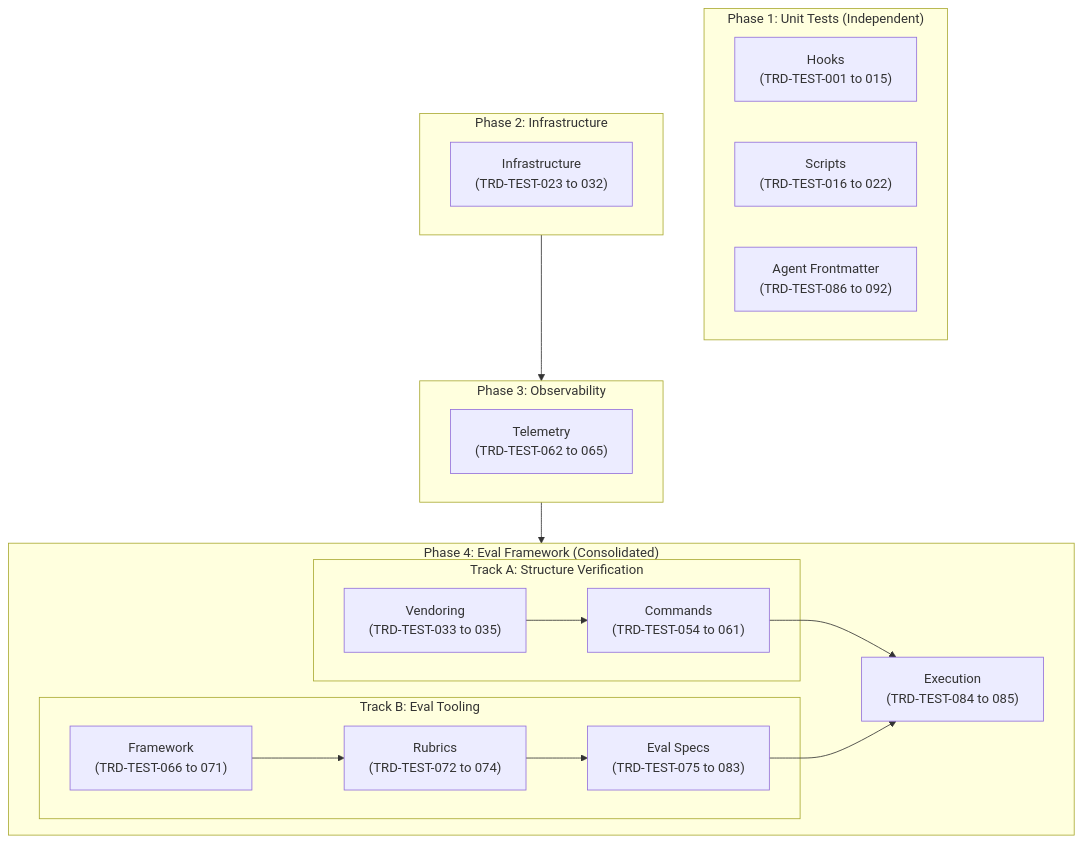
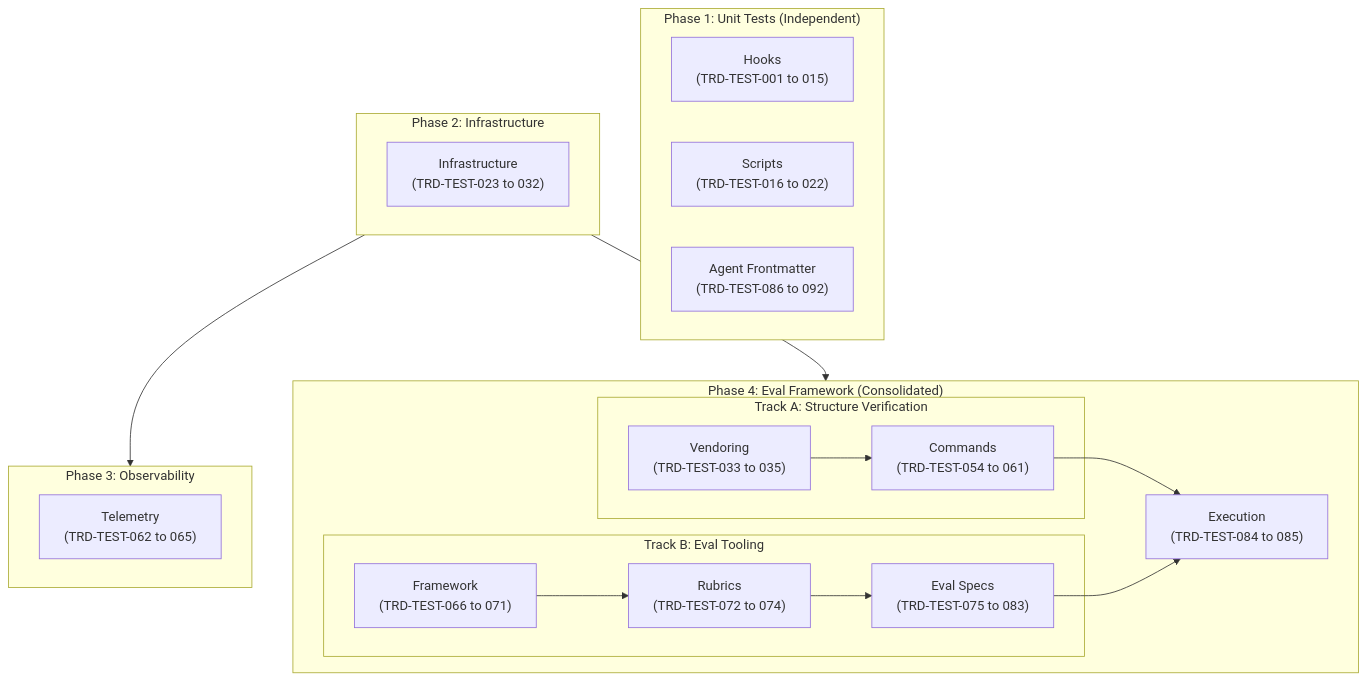
The ninth of 9 diagrams in docs/TRD/testing-phase.md (FortiumPartners/ensemble), drawn with Mermaid before and after one commit. The commit also changed other lines of this file and 1 other file, not shown here.

First line of the commit message:
refactor(TRD): enable Phase 3 and Phase 4 parallel execution

````diff
--- a/docs/TRD/testing-phase.md
+++ b/docs/TRD/testing-phase.md
@@ -2607,37 +2609,37 @@
 ```mermaid
 flowchart TB
     subgraph PHASE1["Phase 1: Unit Tests (Independent)"]
         UH["Hooks<br/>(TRD-TEST-001 to 015)"]
         US["Scripts<br/>(TRD-TEST-016 to 022)"]
         UA["Agent Frontmatter<br/>(TRD-TEST-086 to 092)"]
     end
 
     subgraph PHASE2["Phase 2: Infrastructure"]
         II["Infrastructure<br/>(TRD-TEST-023 to 032)"]
     end
 
     subgraph PHASE3["Phase 3: Observability"]
         OT["Telemetry<br/>(TRD-TEST-062 to 065)"]
     end
 
     subgraph PHASE4["Phase 4: Eval Framework (Consolidated)"]
         subgraph TRACKA["Track A: Structure Verification"]
             IV["Vendoring<br/>(TRD-TEST-033 to 035)"]
             IC["Commands<br/>(TRD-TEST-054 to 061)"]
         end
         subgraph TRACKB["Track B: Eval Tooling"]
             EF_FW["Framework<br/>(TRD-TEST-066 to 071)"]
             EF_RB["Rubrics<br/>(TRD-TEST-072 to 074)"]
             EF_SP["Eval Specs<br/>(TRD-TEST-075 to 083)"]
         end
         EF_EX["Execution<br/>(TRD-TEST-084 to 085)"]
     end
 
     PHASE2 --> PHASE3
-    PHASE3 --> PHASE4
+    PHASE2 --> PHASE4
     IV --> IC
     EF_FW --> EF_RB
     EF_RB --> EF_SP
     IC --> EF_EX
     EF_SP --> EF_EX
 ```
````
